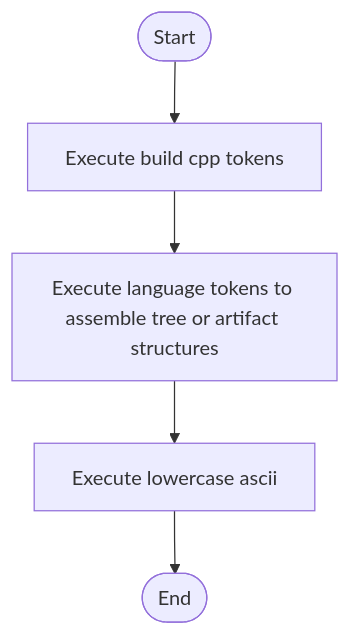
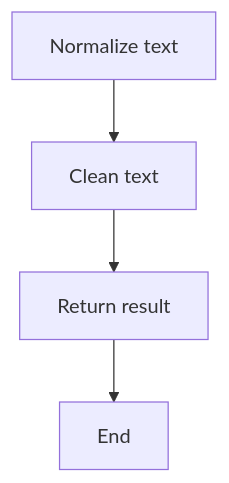
Before and after one commit to JohnAndrewBalbarosa/NeoTerritory: the second of 5 diagrams in docs/Codebase/Microservice/Modules/Source/SyntacticBrokenAST/Language-and-Structure/language_tokens.cpp.md, drawn with Mermaid. The commit also changed other lines of this file and 752 other files, not shown here.

````diff
--- a/docs/Codebase/Microservice/Modules/Source/SyntacticBrokenAST/Language-and-Structure/language_tokens.cpp.md
+++ b/docs/Codebase/Microservice/Modules/Source/SyntacticBrokenAST/Language-and-Structure/language_tokens.cpp.md
@@ -35,12 +49,10 @@
 ```mermaid
 flowchart TD
-    Start([Start])
-    N0[Execute build cpp tokens]
-    N1[Execute language tokens to assemble tree or artifact structures]
-    N2[Execute lowercase ascii]
-    End([End])
-    Start --> N0
+    N0["Normalize text"]
+    N1["Clean text"]
+    N2["Return result"]
+    N3["End"]
     N0 --> N1
     N1 --> N2
-    N2 --> End
+    N2 --> N3
 ```
````
